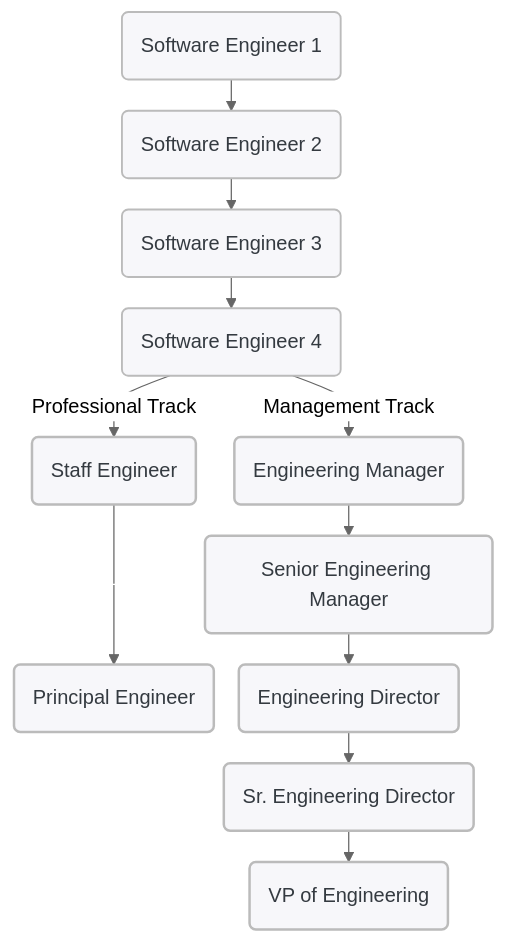
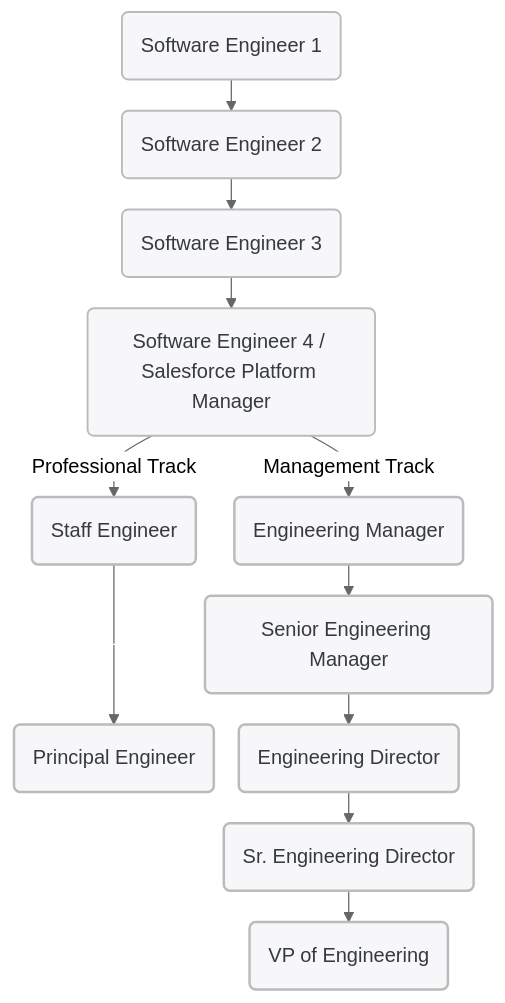
One commit to invitation-homes/career-progression-framework changed the diagram in index.md. Above: the diagram before and after it, drawn with Mermaid. The commit also changed 2 other files, not shown here.

Commit message:
docs: add salesforce platform manager

```diff
--- a/index.md
+++ b/index.md
@@ -23,61 +23,61 @@
 <div class="mermaid" style="text-align: center;">
 ---
 config:
   theme: neutral
   flowchart:
     curve: monotoneY
     nodeSpacing: 20
     rankSpacing: 25
   layout: fixed
 ---
 flowchart TD
     SE1["Software Engineer 1"] --> SE2["Software Engineer 2"]
     SE2 --> SE3["Software Engineer 3"]
-    SE3 --> SE4["Software Engineer 4"]
+    SE3 --> SE4["Software Engineer 4 / Salesforce Platform Manager"]
     SE4 -- Professional Track --> Staff["Staff Engineer"]
     SE4 -- Management Track --> EM["Engineering Manager"]
     Staff --- Dummy[ ]
     Dummy --> Principal["Principal Engineer"]
     EM --> SEM["Senior Engineering Manager"]
     SEM --> ED["Engineering Director"]
     ED --> SED["Sr. Engineering Director"]
     SED --> VP["VP of Engineering"]
     SE1@{ shape: rounded}
     SE2@{ shape: rounded}
     SE3@{ shape: rounded}
     SE4@{ shape: rounded}
     Staff@{ shape: rounded}
     EM@{ shape: rounded}
     SEM@{ shape: rounded}
     Principal@{ shape: rounded}
     ED@{ shape: rounded}
     SED@{ shape: rounded}
     VP@{ shape: rounded}
      SE1:::normNode
      SE2:::normNode
      SE3:::normNode
      SE4:::normNode
      Staff:::eng
      EM:::mgr
      SEM:::mgr
      Principal:::eng
      ED:::mgr
      SED:::exec
      VP:::exec
      Dummy:::dummy
     classDef eng fill:#f7f7fa,stroke:#bbb,stroke-width:2px,color:#343a40
     classDef mgr fill:#f7f7fa,stroke:#bbb,stroke-width:2px,color:#343a40
     classDef exec fill:#f7f7fa,stroke:#bbb,stroke-width:2px,color:#343a40
     classDef normNode fill:#f7f7fa,stroke:#bbb,stroke-width:1.5px,color:#343a40
     classDef dummy style X width:1px,height:1px,fill:transparent,stroke:transparent 
     click SE1 "./software_engineer_I" _blank
     click SE2 "./software_engineer_II" _blank
     click SE3 "./software_engineer_III" _blank
     click SE4 "./software_engineer_IV" _blank
     click Staff "./staff_engineer" _blank
     click Principal "./principal_engineer" _blank
     click EM "./engineering_manager" _blank
     click SEM "./senior_engineering_manager" _blank
     click ED "./director_of_engineering" _blank
 
 </div>
```
